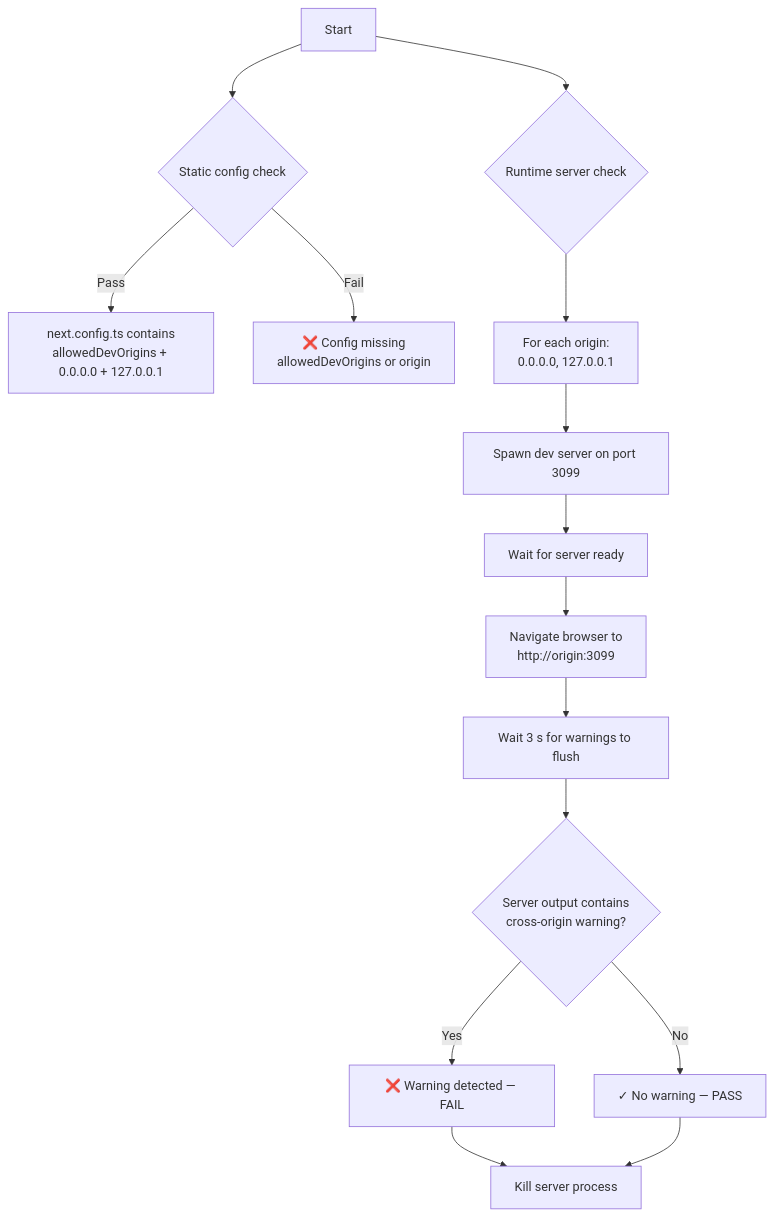
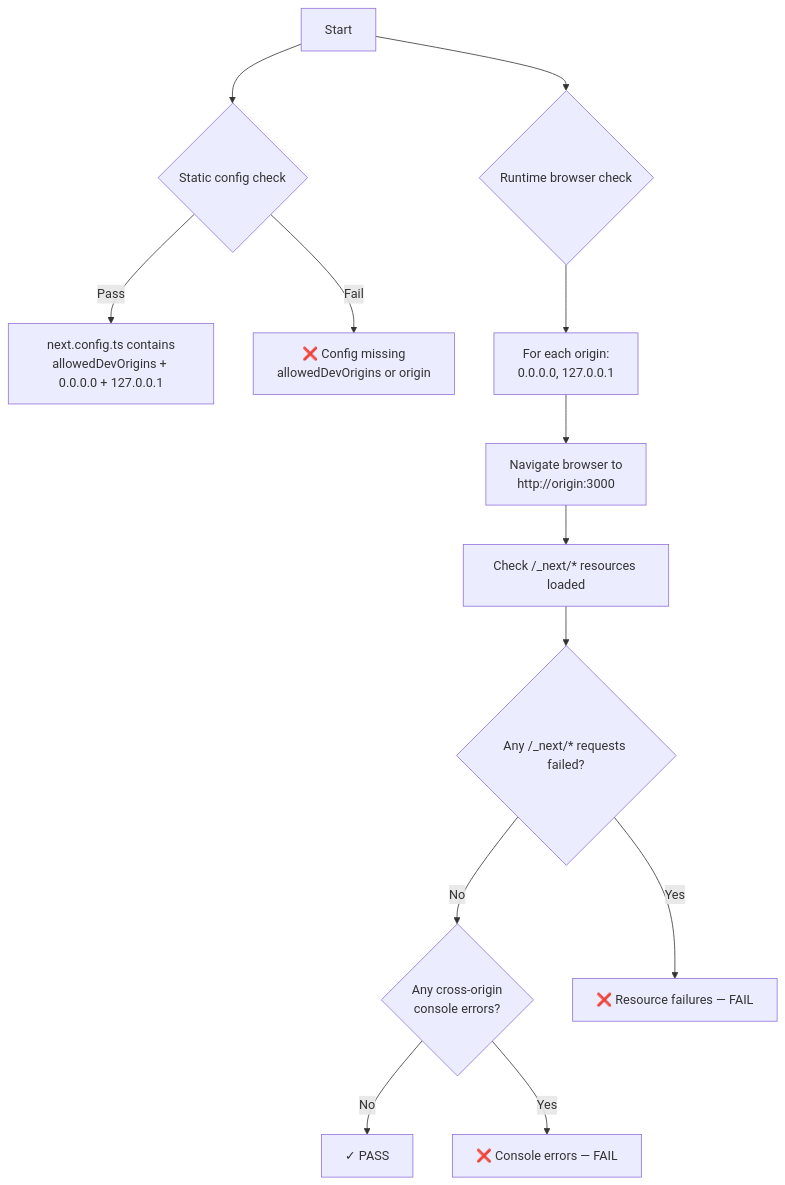
The first of 5 diagrams in tests/integration/cross-origin-warning.md (viscalyx/viscalyx.se), drawn with Mermaid before and after one commit. The commit also changed other lines of this file, not shown here.

Commit message:
fix: update cross-origin warning integration tests to use Playwright-managed server and improve resource validation

````diff
--- a/tests/integration/cross-origin-warning.md
+++ b/tests/integration/cross-origin-warning.md
@@ -25,18 +25,16 @@
 ```mermaid
 flowchart TD
     A[Start] --> B{Static config check}
     B -- Pass --> C["next.config.ts contains<br/>allowedDevOrigins + 0.0.0.0 + 127.0.0.1"]
     B -- Fail --> D["❌ Config missing<br/>allowedDevOrigins or origin"]
 
-    A --> E{Runtime server check}
+    A --> E{Runtime browser check}
     E --> F["For each origin:<br/>0.0.0.0, 127.0.0.1"]
-    F --> G["Spawn dev server on port 3099"]
-    G --> H["Wait for server ready"]
-    H --> I["Navigate browser to<br/>http://origin:3099"]
-    I --> J["Wait 3 s for warnings to flush"]
-    J --> K{Server output contains<br/>cross-origin warning?}
-    K -- No --> L["✓ No warning — PASS"]
-    K -- Yes --> M["❌ Warning detected — FAIL"]
-    M --> N["Kill server process"]
-    L --> N
+    F --> G["Navigate browser to<br/>http://origin:3000"]
+    G --> H["Check /_next/* resources loaded"]
+    H --> I{Any /_next/* requests failed?}
+    I -- No --> J{Any cross-origin<br/>console errors?}
+    J -- No --> K["✓ PASS"]
+    J -- Yes --> L["❌ Console errors — FAIL"]
+    I -- Yes --> M["❌ Resource failures — FAIL"]
 ```
````
